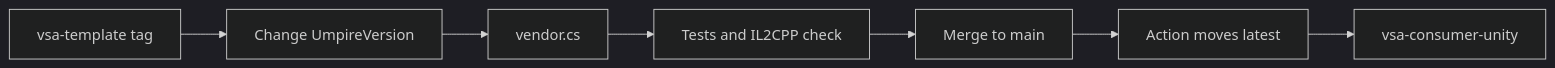
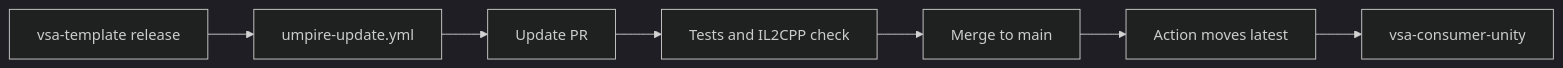
One commit to MgCohen/vsa-unity changed the diagram in README.md. Above: the diagram before and after it, drawn with Mermaid (dark theme). The commit also changed other lines of this file and 10 other files, not shown here.

First line of the commit message:
Move the package to Umpire preview.22 from the release archive

````diff
--- a/README.md
+++ b/README.md
@@ -42,9 +42,9 @@
 ```mermaid
 flowchart LR
-    T[vsa-template tag] --> V[Change UmpireVersion]
-    V --> D[vendor.cs]
-    D --> C[Tests and IL2CPP check]
+    T[vsa-template release] --> W[umpire-update.yml]
+    W --> P[Update PR]
+    P --> C[Tests and IL2CPP check]
     C --> M[Merge to main]
     M --> L[Action moves latest]
     L --> U[vsa-consumer-unity]
 ```
````
